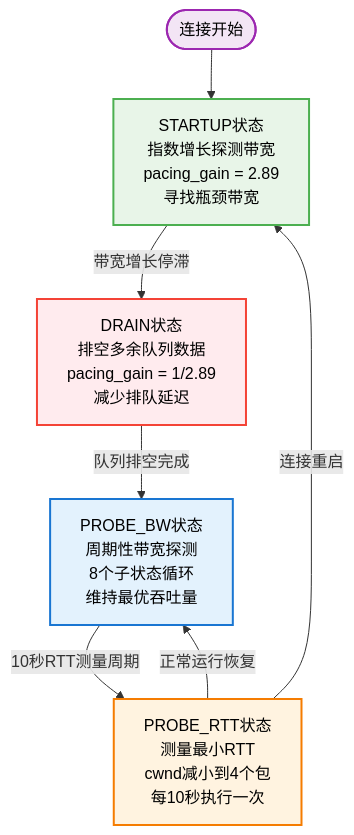
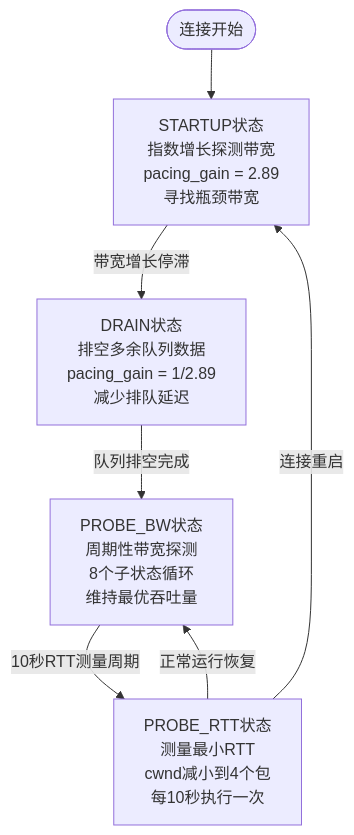
One commit to Dtheme/CS-base changed the sixth of 9 diagrams in 计算机网络/3.6传输层：TCP拥塞控制.md. Above: the diagram before and after it, drawn with Mermaid. The commit also changed other lines of this file and 51 other files, not shown here.

````diff
--- a/计算机网络/3.6传输层：TCP拥塞控制.md
+++ b/计算机网络/3.6传输层：TCP拥塞控制.md
@@ -590,25 +597,13 @@
 ```mermaid
 flowchart TD
     Start([连接开始]) --> STARTUP[STARTUP状态<br/>指数增长探测带宽<br/>pacing_gain = 2.89<br/>寻找瓶颈带宽]
     
     STARTUP -->|带宽增长停滞| DRAIN[DRAIN状态<br/>排空多余队列数据<br/>pacing_gain = 1/2.89<br/>减少排队延迟]
     
     DRAIN -->|队列排空完成| PROBE_BW[PROBE_BW状态<br/>周期性带宽探测<br/>8个子状态循环<br/>维持最优吞吐量]
     
     PROBE_BW -->|10秒RTT测量周期| PROBE_RTT[PROBE_RTT状态<br/>测量最小RTT<br/>cwnd减小到4个包<br/>每10秒执行一次]
     
     PROBE_RTT -->|连接重启| STARTUP
     PROBE_RTT -->|正常运行恢复| PROBE_BW
-    
-    classDef startupState fill:#e8f5e8,stroke:#4caf50,stroke-width:2px,color:#000000
-    classDef drainState fill:#ffebee,stroke:#f44336,stroke-width:2px,color:#000000
-    classDef probeBwState fill:#e3f2fd,stroke:#1976d2,stroke-width:2px,color:#000000
-    classDef probeRttState fill:#fff3e0,stroke:#f57c00,stroke-width:2px,color:#000000
-    classDef initState fill:#f3e5f5,stroke:#9c27b0,stroke-width:2px,color:#000000
-    
-    class Start initState
-    class STARTUP startupState
-    class DRAIN drainState
-    class PROBE_BW probeBwState
-    class PROBE_RTT probeRttState
 ```
````
